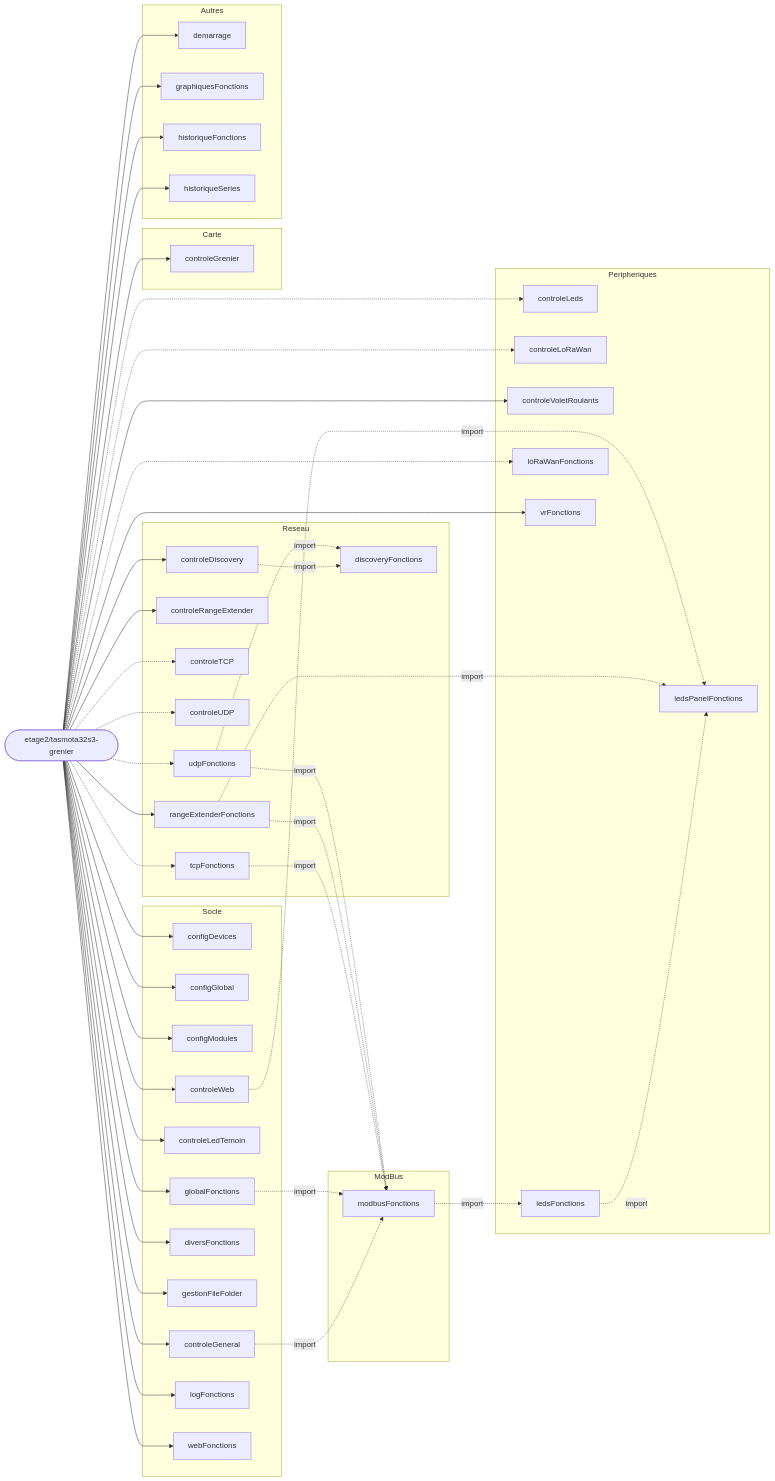
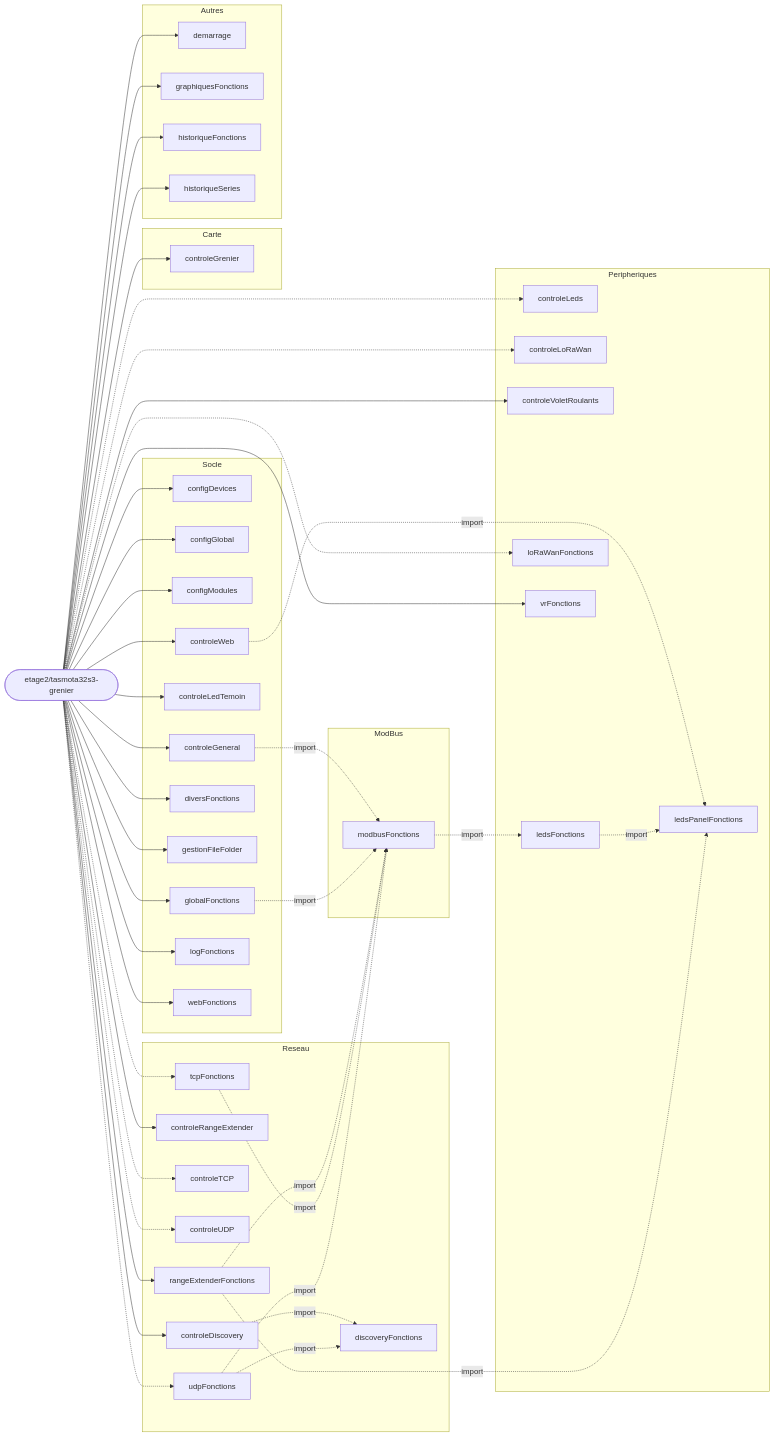
The fourth of 8 diagrams in outils_docs/CARTE_MODULES_BERRY.md (fdaubercy/Tasmota), drawn with Mermaid before and after one commit. The commit also changed other lines of this file and 11 other files, not shown here.

```diff
--- a/outils_docs/CARTE_MODULES_BERRY.md
+++ b/outils_docs/CARTE_MODULES_BERRY.md
@@ -389,23 +391,23 @@
     CARTE --> m_controleRangeExtender
     CARTE -.-> m_controleTCP
     CARTE -.-> m_controleUDP
+    m_controleDiscovery -.->|import| m_discoveryFonctions
     m_udpFonctions -.->|import| m_discoveryFonctions
-    m_controleDiscovery -.->|import| m_discoveryFonctions
     CARTE --> m_rangeExtenderFonctions
     CARTE -.-> m_tcpFonctions
     CARTE -.-> m_udpFonctions
+    m_controleGeneral -.->|import| m_modbusFonctions
+    m_globalFonctions -.->|import| m_modbusFonctions
+    m_rangeExtenderFonctions -.->|import| m_modbusFonctions
+    m_tcpFonctions -.->|import| m_modbusFonctions
     m_udpFonctions -.->|import| m_modbusFonctions
-    m_rangeExtenderFonctions -.->|import| m_modbusFonctions
-    m_globalFonctions -.->|import| m_modbusFonctions
-    m_controleGeneral -.->|import| m_modbusFonctions
-    m_tcpFonctions -.->|import| m_modbusFonctions
     CARTE -.-> m_controleLeds
     CARTE -.-> m_controleLoRaWan
     CARTE --> m_controleVoletRoulants
     m_modbusFonctions -.->|import| m_ledsFonctions
     m_controleWeb -.->|import| m_ledsPanelFonctions
+    m_ledsFonctions -.->|import| m_ledsPanelFonctions
     m_rangeExtenderFonctions -.->|import| m_ledsPanelFonctions
-    m_ledsFonctions -.->|import| m_ledsPanelFonctions
     CARTE -.-> m_loRaWanFonctions
     CARTE --> m_vrFonctions
     CARTE --> m_controleGrenier
```
